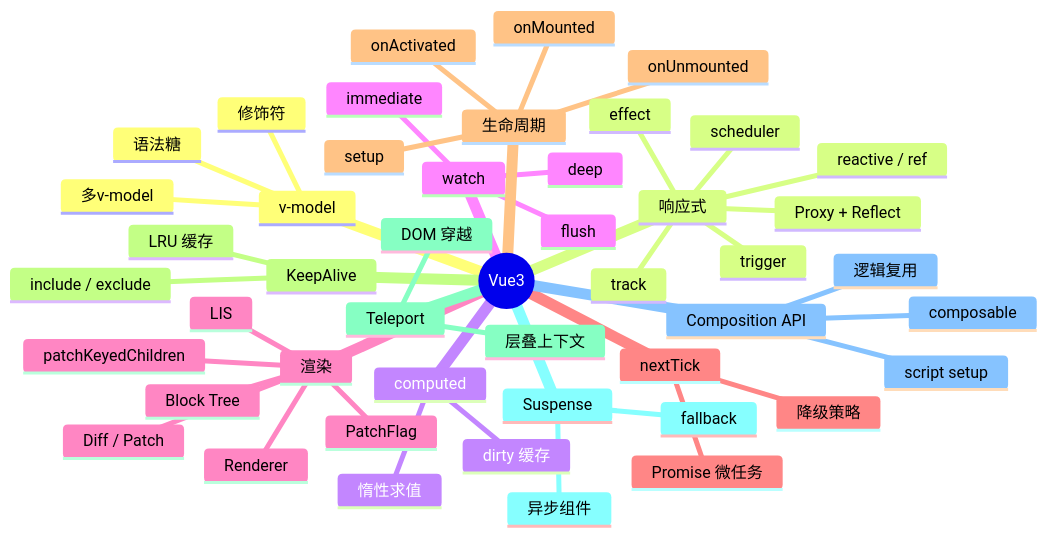
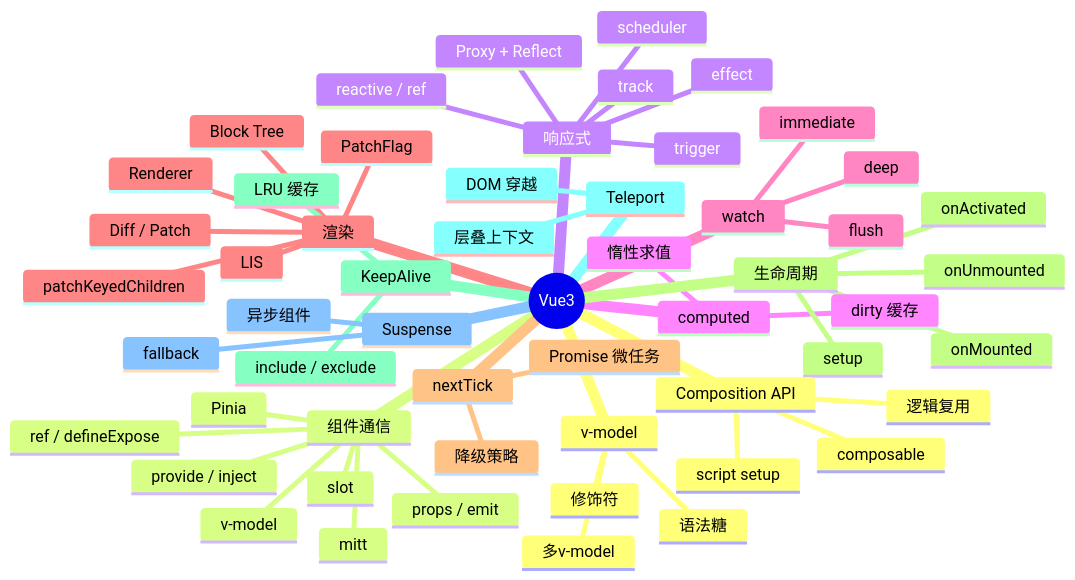
One commit to zjh42139/interview-notes changed the diagram in docs/Vue3/index.md. Above: the diagram before and after it, drawn with Mermaid. The commit also changed other lines of this file and 14 other files, not shown here.

````diff
--- a/docs/Vue3/index.md
+++ b/docs/Vue3/index.md
@@ -9,50 +9,58 @@
 ```mermaid
 mindmap
   root((Vue3))
     v-model
       语法糖
       多v-model
       修饰符
+    组件通信
+      props / emit
+      v-model
+      ref / defineExpose
+      provide / inject
+      slot
+      Pinia
+      mitt
     响应式
       Proxy + Reflect
       reactive / ref
       effect
       track
       trigger
       scheduler
     computed
       dirty 缓存
       惰性求值
     watch
       deep
       immediate
       flush
     渲染
       Renderer
       Diff / Patch
       patchKeyedChildren
       LIS
       Block Tree
       PatchFlag
     nextTick
       Promise 微任务
       降级策略
     生命周期
       setup
       onMounted
       onUnmounted
       onActivated
     KeepAlive
       LRU 缓存
       include / exclude
     Teleport
       DOM 穿越
       层叠上下文
     Suspense
       异步组件
       fallback
     Composition API
       composable
       script setup
       逻辑复用
 ```
````
